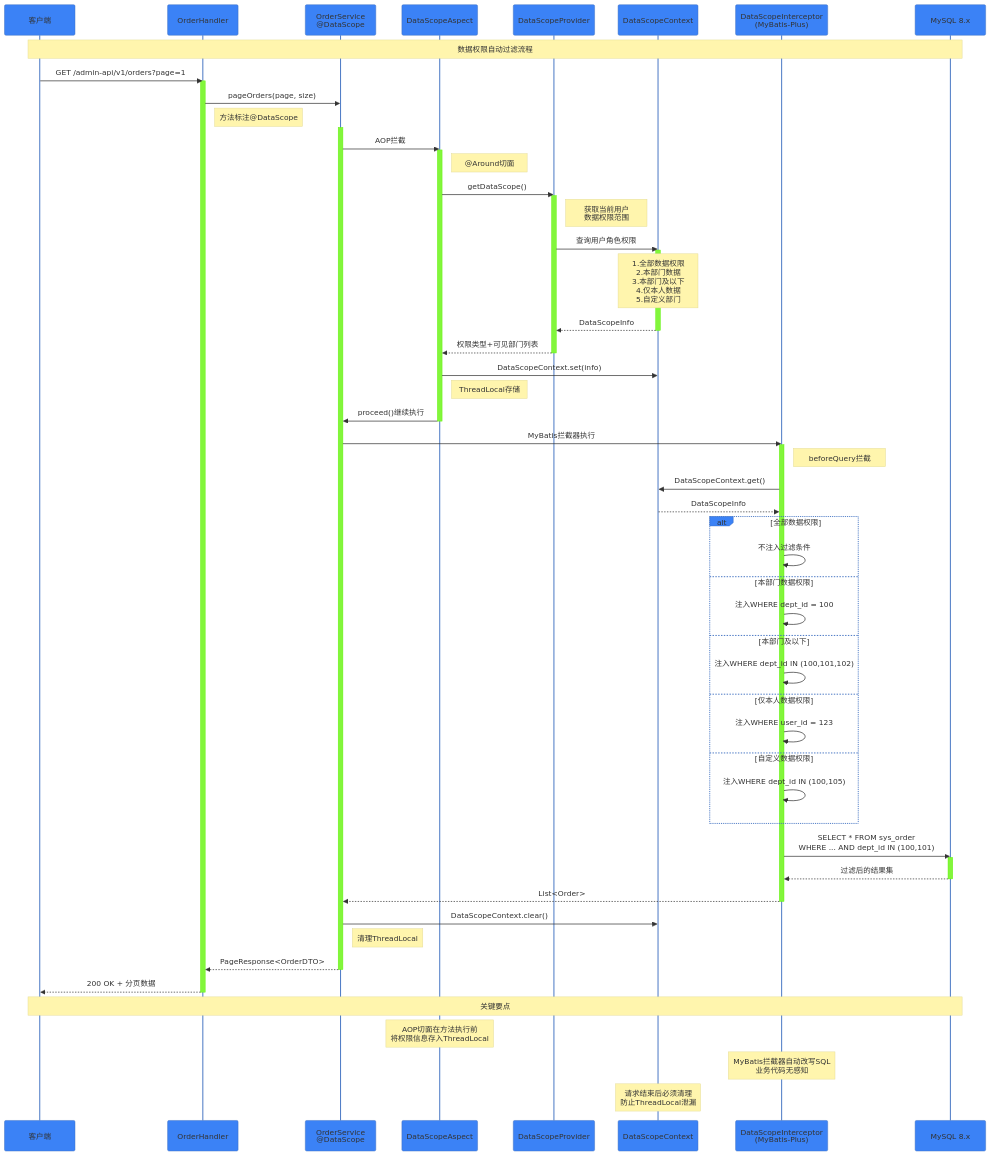
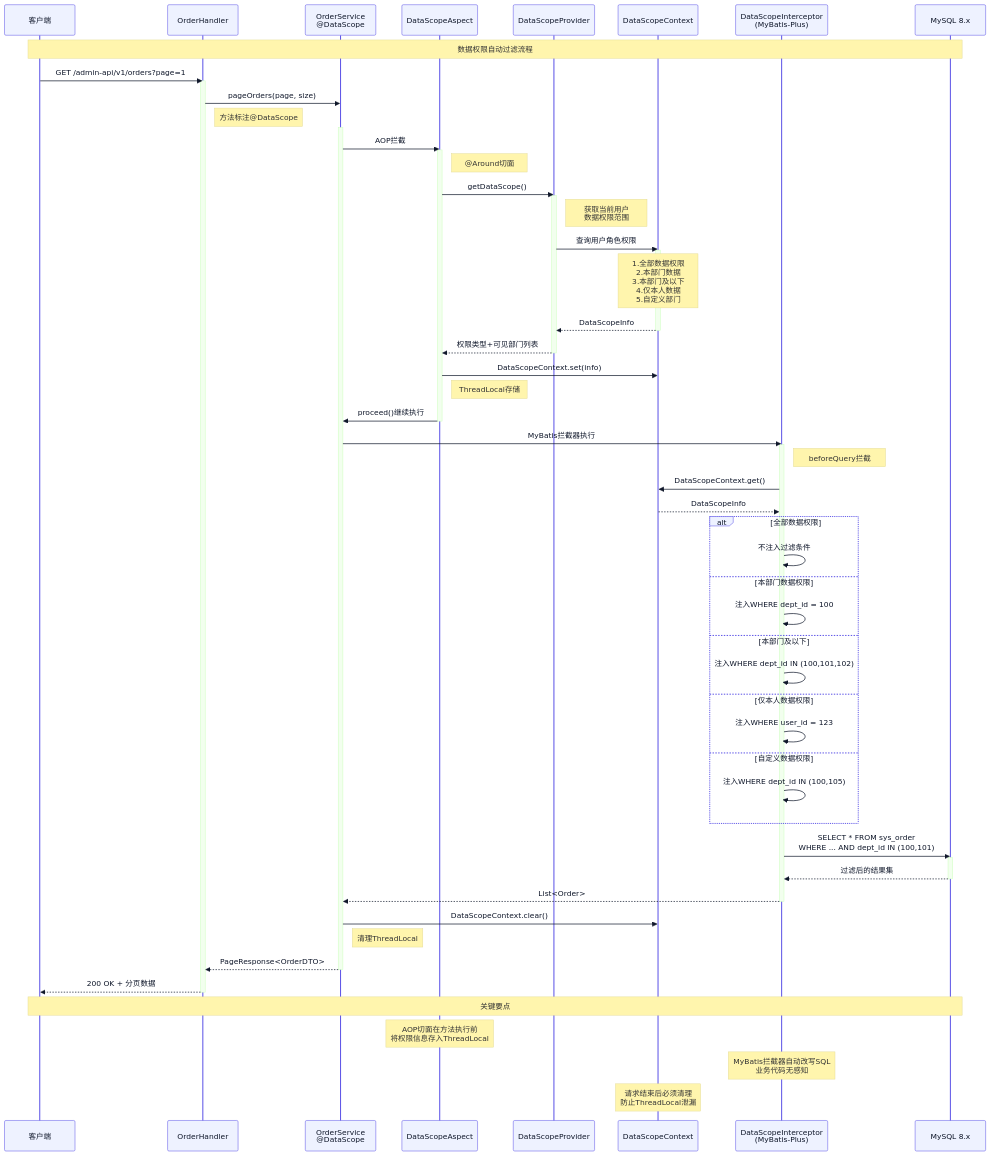
The diagram in docs/diagrams/sequence/76_data_scope_filter_sequence.mmd (apex-cloud-service/apex-scaffold), drawn with Mermaid before and after one commit. The commit also changed 507 other files, not shown here.

```diff
--- a/docs/diagrams/sequence/76_data_scope_filter_sequence.mmd
+++ b/docs/diagrams/sequence/76_data_scope_filter_sequence.mmd
@@ -1,83 +1,83 @@
-%%{init: {'theme':'base', 'themeVariables': {'primaryColor':'#3b82f6','fontSize':'14px'}}}%%
+%%{init: {'theme':'base', 'themeVariables': {'primaryColor':'#eef2ff','primaryTextColor':'#0f172a','primaryBorderColor':'#4f46e5','lineColor':'#64748b','fontFamily':'sans-serif'}}}%%
 sequenceDiagram
     participant Client as 客户端
     participant Handler as OrderHandler
     participant Service as OrderService<br/>@DataScope
     participant Aspect as DataScopeAspect
     participant Provider as DataScopeProvider
     participant Context as DataScopeContext
     participant Interceptor as DataScopeInterceptor<br/>(MyBatis-Plus)
     participant MySQL as MySQL 8.x
     
     Note over Client,MySQL: 数据权限自动过滤流程
     
     Client->>Handler: GET /admin-api/v1/orders?page=1
     activate Handler
     
     Handler->>Service: pageOrders(page, size)
     Note right of Handler: 方法标注@DataScope
     activate Service
     
     Service->>Aspect: AOP拦截
     activate Aspect
     Note right of Aspect: @Around切面
     
     Aspect->>Provider: getDataScope()
     activate Provider
     Note right of Provider: 获取当前用户<br/>数据权限范围
     
     Provider->>Context: 查询用户角色权限
     activate Context
     Note over Context: 1.全部数据权限<br/>2.本部门数据<br/>3.本部门及以下<br/>4.仅本人数据<br/>5.自定义部门
     Context-->>Provider: DataScopeInfo
     deactivate Context
     
     Provider-->>Aspect: 权限类型+可见部门列表
     deactivate Provider
     
     Aspect->>Context: DataScopeContext.set(info)
     Note right of Aspect: ThreadLocal存储
     
     Aspect->>Service: proceed()继续执行
     deactivate Aspect
     
     Service->>Interceptor: MyBatis拦截器执行
     activate Interceptor
     Note right of Interceptor: beforeQuery拦截
     
     Interceptor->>Context: DataScopeContext.get()
     Context-->>Interceptor: DataScopeInfo
     
     alt 全部数据权限
         Interceptor->>Interceptor: 不注入过滤条件
     else 本部门数据权限
         Interceptor->>Interceptor: 注入WHERE dept_id = 100
     else 本部门及以下
         Interceptor->>Interceptor: 注入WHERE dept_id IN (100,101,102)
     else 仅本人数据权限
         Interceptor->>Interceptor: 注入WHERE user_id = 123
     else 自定义数据权限
         Interceptor->>Interceptor: 注入WHERE dept_id IN (100,105)
     end
     
     Interceptor->>MySQL: SELECT * FROM sys_order<br/>WHERE ... AND dept_id IN (100,101)
     activate MySQL
     MySQL-->>Interceptor: 过滤后的结果集
     deactivate MySQL
     
     Interceptor-->>Service: List<Order>
     deactivate Interceptor
     
     Service->>Context: DataScopeContext.clear()
     Note right of Service: 清理ThreadLocal
     
     Service-->>Handler: PageResponse<OrderDTO>
     deactivate Service
     
     Handler-->>Client: 200 OK + 分页数据
     deactivate Handler
     
     Note over Client,MySQL: 关键要点
     Note over Aspect: AOP切面在方法执行前<br/>将权限信息存入ThreadLocal
     Note over Interceptor: MyBatis拦截器自动改写SQL<br/>业务代码无感知
     Note over Context: 请求结束后必须清理<br/>防止ThreadLocal泄漏
```
